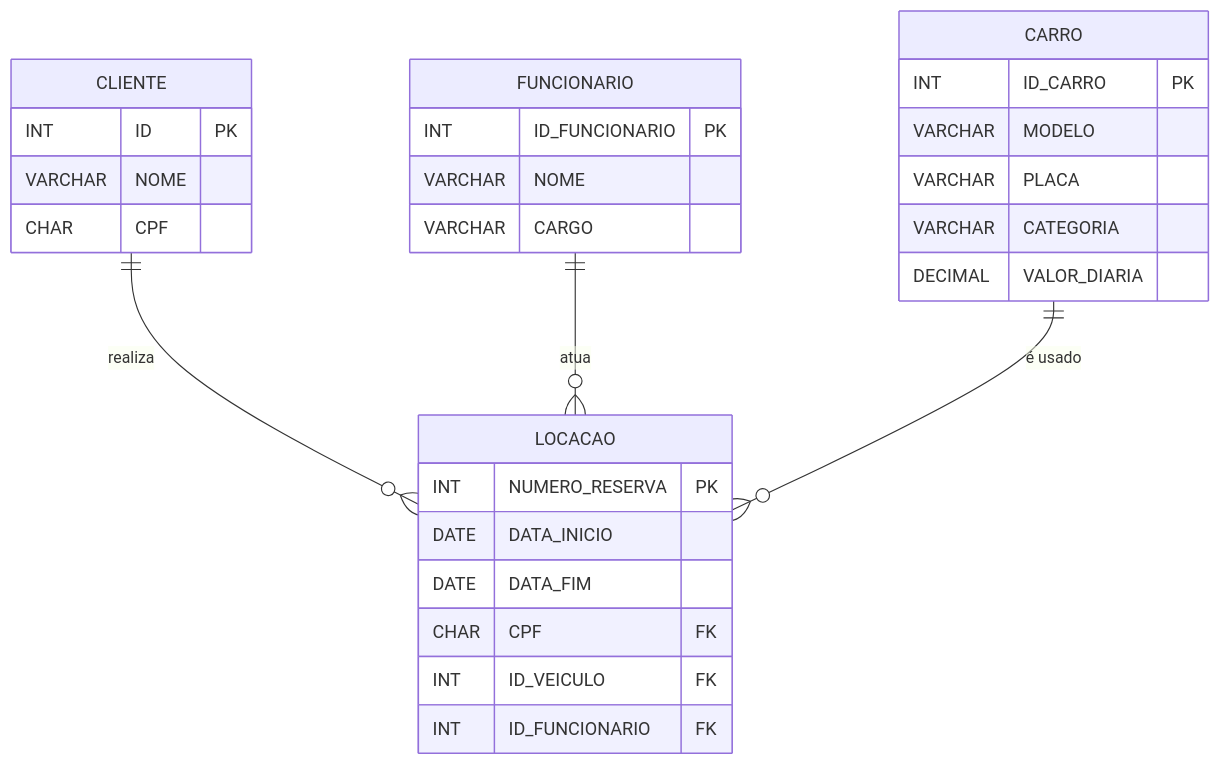
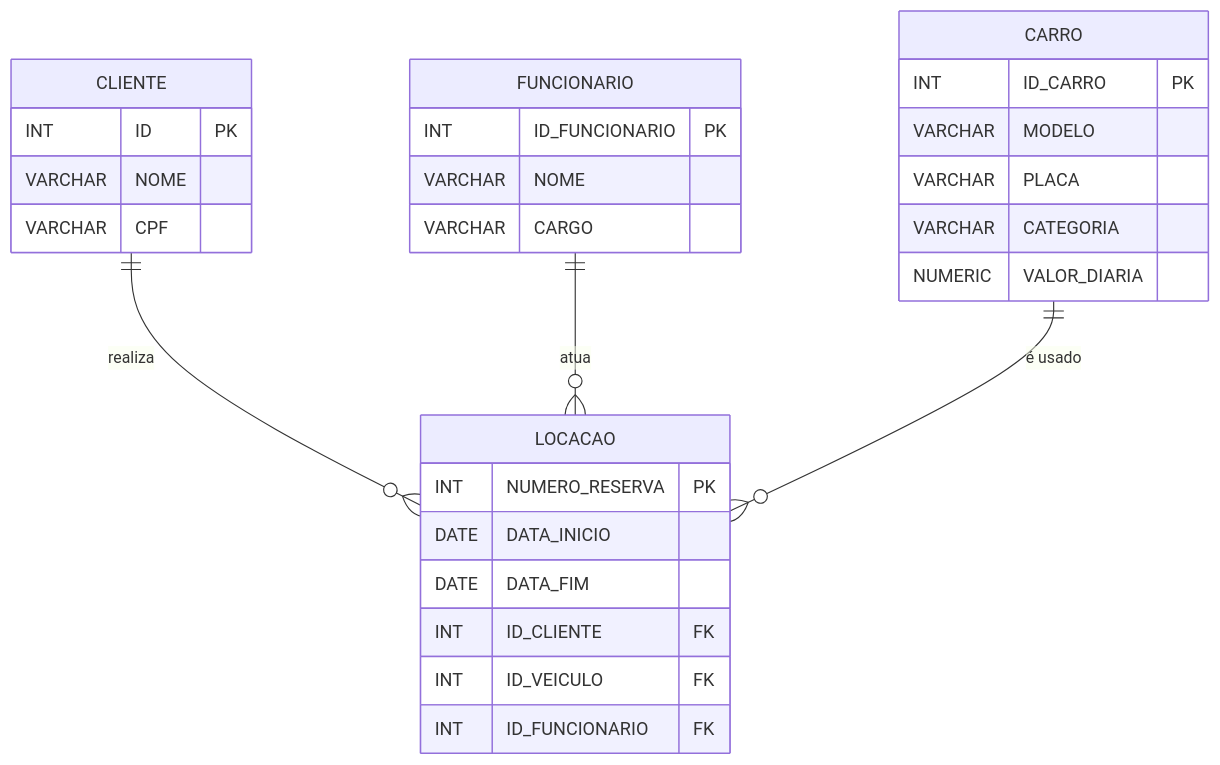
One commit to barzifelipe/car_rental_system changed the diagram in diagrams/diagrama.mmd. Above: the diagram before and after it, drawn with Mermaid.

Commit message:
Change CPF type from CHAR to VARCHAR and update LOCACAO

```diff
--- a/diagrams/diagrama.mmd
+++ b/diagrams/diagrama.mmd
@@ -1,33 +1,33 @@
 erDiagram
     CLIENTE {
         INT ID PK
         VARCHAR NOME
-        CHAR CPF
+        VARCHAR CPF
     }
 
     FUNCIONARIO {
         INT ID_FUNCIONARIO PK
         VARCHAR NOME
         VARCHAR CARGO
     }
 
     CARRO {
         INT ID_CARRO PK
         VARCHAR MODELO
         VARCHAR PLACA
         VARCHAR CATEGORIA
-        DECIMAL VALOR_DIARIA
+        NUMERIC VALOR_DIARIA
     }
 
     LOCACAO {
         INT NUMERO_RESERVA PK
         DATE DATA_INICIO
         DATE DATA_FIM
-        CHAR CPF FK
+        INT ID_CLIENTE FK
         INT ID_VEICULO FK
         INT ID_FUNCIONARIO FK
     }
 
     CLIENTE ||--o{ LOCACAO : "realiza"
     FUNCIONARIO ||--o{ LOCACAO : "atua "
     CARRO ||--o{ LOCACAO : " é usado"
```
